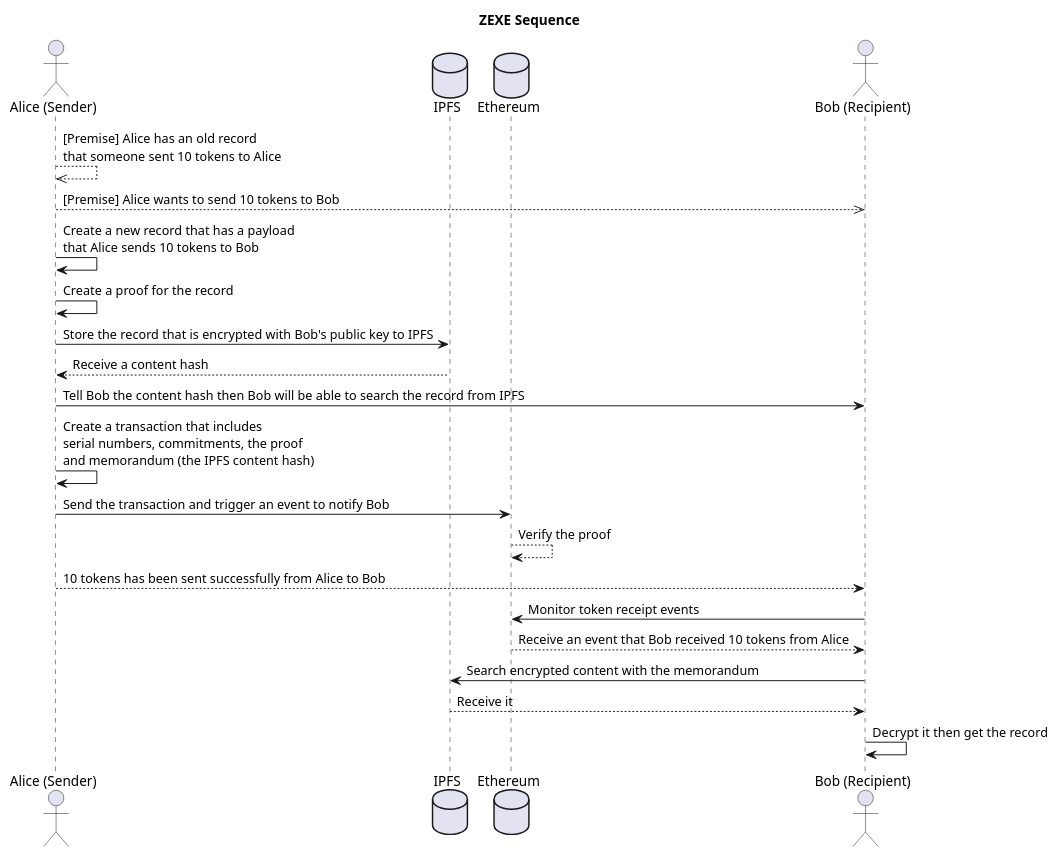
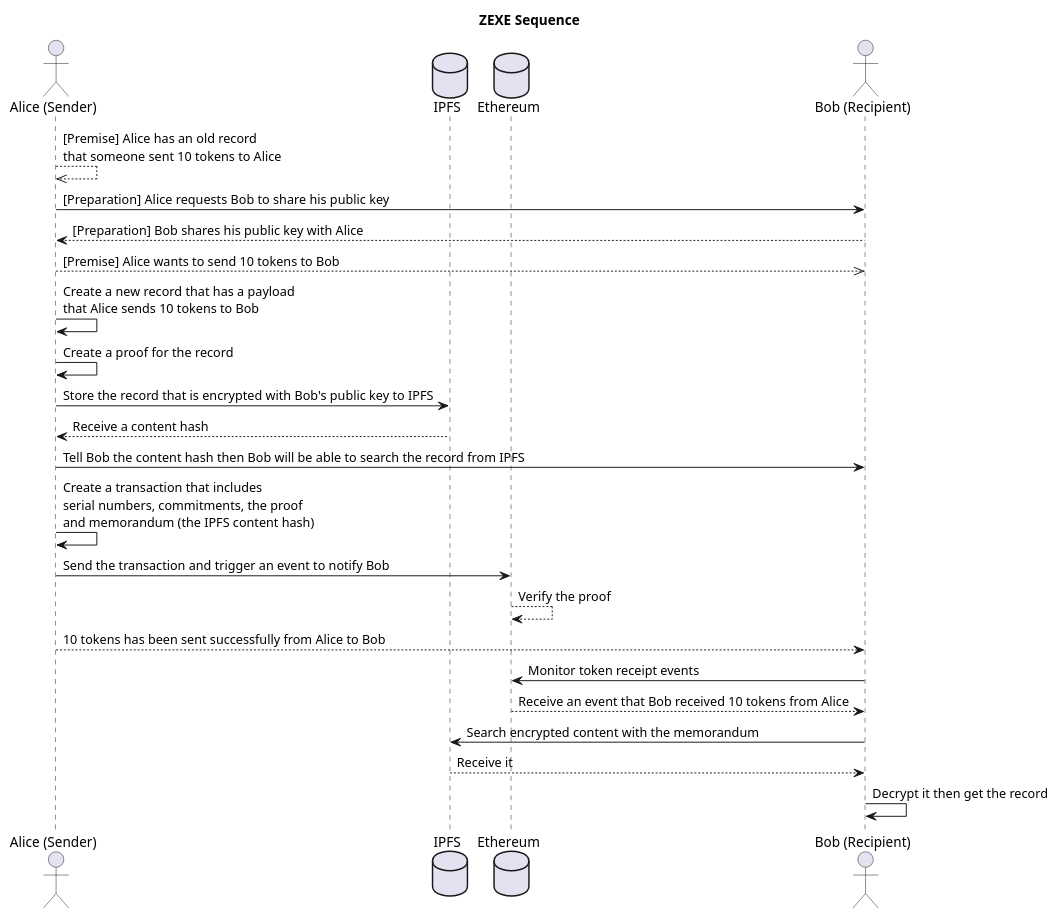
One commit to edcon-reiwa/zexe-ethereum changed the diagram in docs/zexe_sequence.puml. Above: the diagram before and after it, drawn with PlantUML. The commit also changed 1 other file, not shown here.

Commit message:
Update sequence diagram

```diff
--- a/docs/zexe_sequence.puml
+++ b/docs/zexe_sequence.puml
@@ -1,25 +1,27 @@
 @startuml zexe_sequence
 title ZEXE Sequence
 actor "Alice (Sender)" as A
 database IPFS as I
 database Ethereum as E
 actor "Bob (Recipient)" as B
 
 A -->> A: [Premise] Alice has an old record\nthat someone sent 10 tokens to Alice
+A -> B: [Preparation] Alice requests Bob to share his public key
+A <-- B: [Preparation] Bob shares his public key with Alice
 A -->> B: [Premise] Alice wants to send 10 tokens to Bob
 A -> A: Create a new record that has a payload\nthat Alice sends 10 tokens to Bob
 A -> A: Create a proof for the record
 A -> I: Store the record that is encrypted with Bob's public key to IPFS
 A <-- I: Receive a content hash
 A -> B: Tell Bob the content hash then Bob will be able to search the record from IPFS
 A -> A: Create a transaction that includes\nserial numbers, commitments, the proof\nand memorandum (the IPFS content hash)
 A -> E: Send the transaction and trigger an event to notify Bob
 E --> E: Verify the proof
 A --> B: 10 tokens has been sent successfully from Alice to Bob
 E <- B: Monitor token receipt events
 E --> B: Receive an event that Bob received 10 tokens from Alice
 I <- B: Search encrypted content with the memorandum
 I --> B: Receive it
 B -> B: Decrypt it then get the record
 
 @enduml
```
